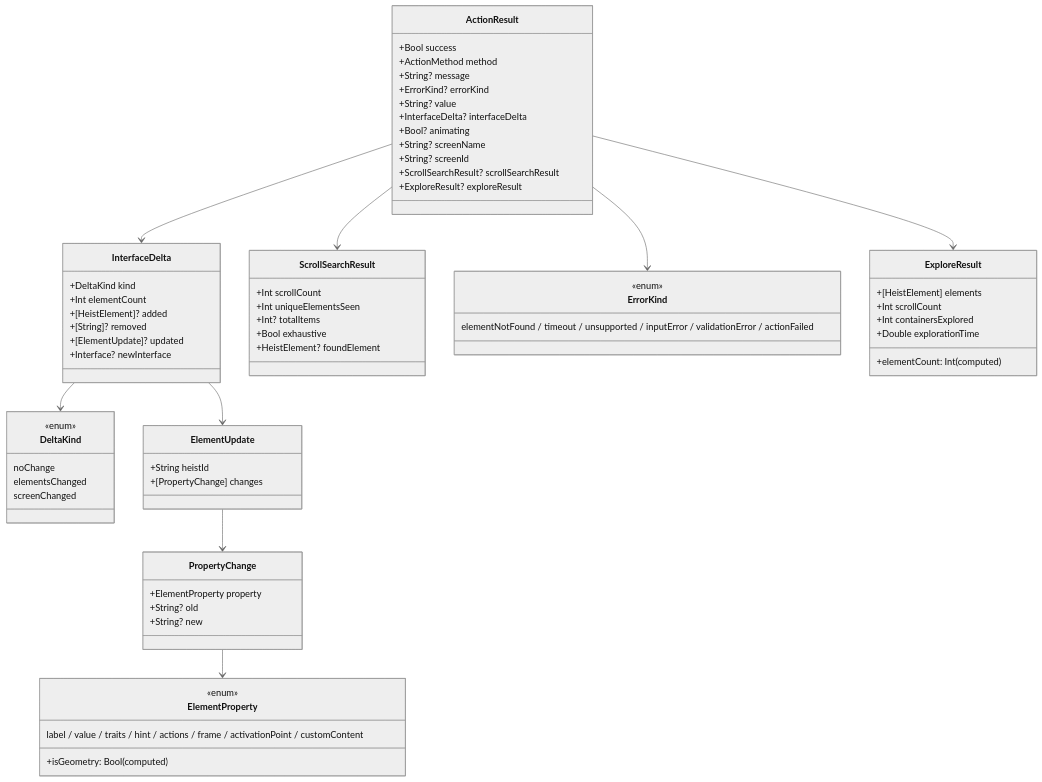
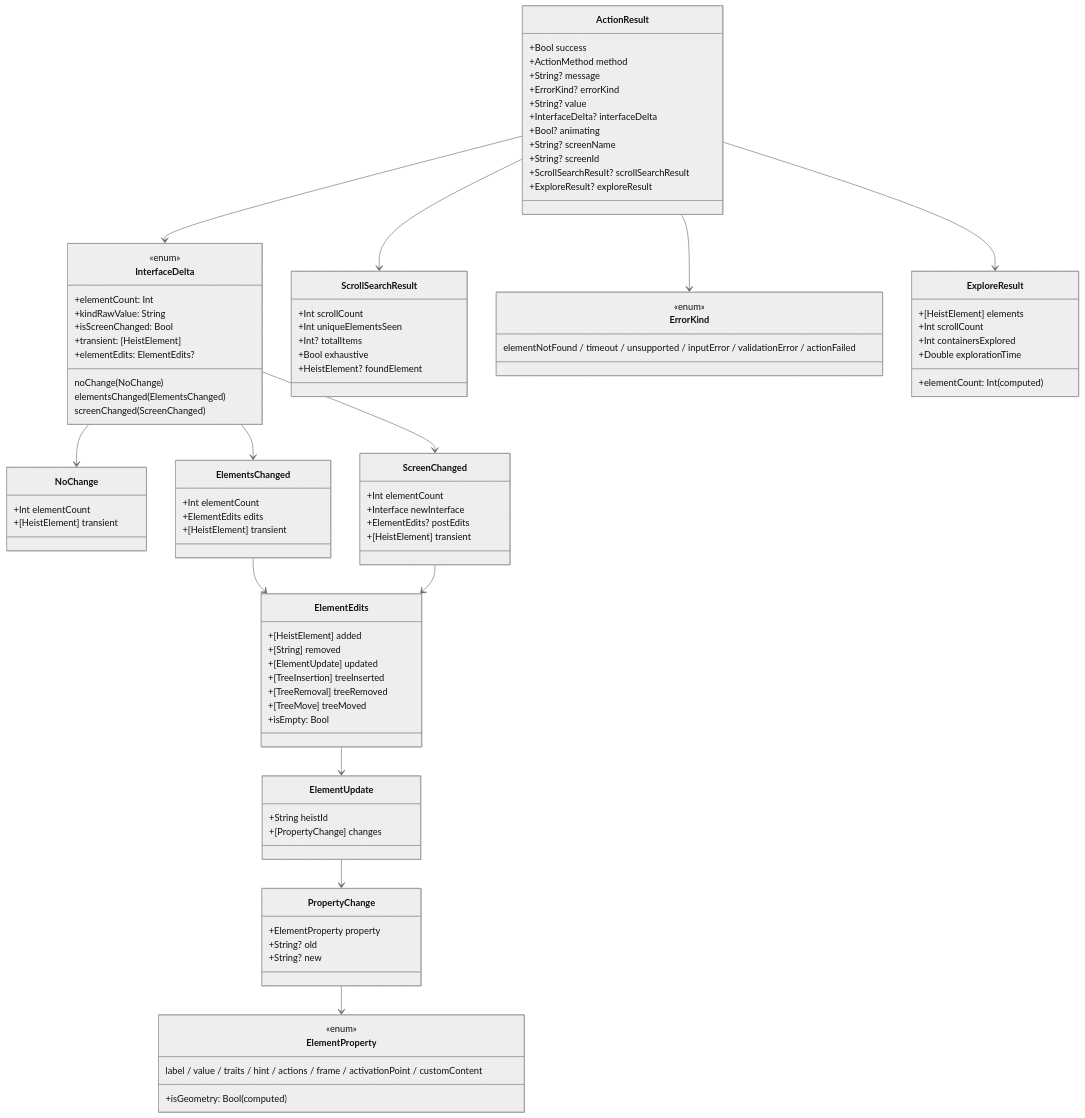
Before and after one commit to RoyalPineapple/TheButtonHeist: the fifth of 7 diagrams in docs/dossiers/18-THESCORE.md, drawn with Mermaid (neutral theme). The commit also changed 4 other files, not shown here.

````diff
--- a/docs/dossiers/18-THESCORE.md
+++ b/docs/dossiers/18-THESCORE.md
@@ -211,19 +211,43 @@
     }
 
     class InterfaceDelta {
-        +DeltaKind kind
-        +Int elementCount
-        +[HeistElement]? added
-        +[String]? removed
-        +[ElementUpdate]? updated
-        +Interface? newInterface
+        <<enum>>
+        noChange(NoChange)
+        elementsChanged(ElementsChanged)
+        screenChanged(ScreenChanged)
+        +elementCount: Int
+        +kindRawValue: String
+        +isScreenChanged: Bool
+        +transient: [HeistElement]
+        +elementEdits: ElementEdits?
     }
 
-    class DeltaKind {
-        <<enum>>
-        noChange
-        elementsChanged
-        screenChanged
+    class NoChange {
+        +Int elementCount
+        +[HeistElement] transient
+    }
+
+    class ElementsChanged {
+        +Int elementCount
+        +ElementEdits edits
+        +[HeistElement] transient
+    }
+
+    class ScreenChanged {
+        +Int elementCount
+        +Interface newInterface
+        +ElementEdits? postEdits
+        +[HeistElement] transient
+    }
+
+    class ElementEdits {
+        +[HeistElement] added
+        +[String] removed
+        +[ElementUpdate] updated
+        +[TreeInsertion] treeInserted
+        +[TreeRemoval] treeRemoved
+        +[TreeMove] treeMoved
+        +isEmpty: Bool
     }
 
     class ScrollSearchResult {
@@ -268,8 +292,12 @@
     ActionResult --> InterfaceDelta
     ActionResult --> ScrollSearchResult
     ActionResult --> ExploreResult
-    InterfaceDelta --> DeltaKind
-    InterfaceDelta --> ElementUpdate
+    InterfaceDelta --> NoChange
+    InterfaceDelta --> ElementsChanged
+    InterfaceDelta --> ScreenChanged
+    ElementsChanged --> ElementEdits
+    ScreenChanged --> ElementEdits
+    ElementEdits --> ElementUpdate
     ElementUpdate --> PropertyChange
     PropertyChange --> ElementProperty
 ```
````
